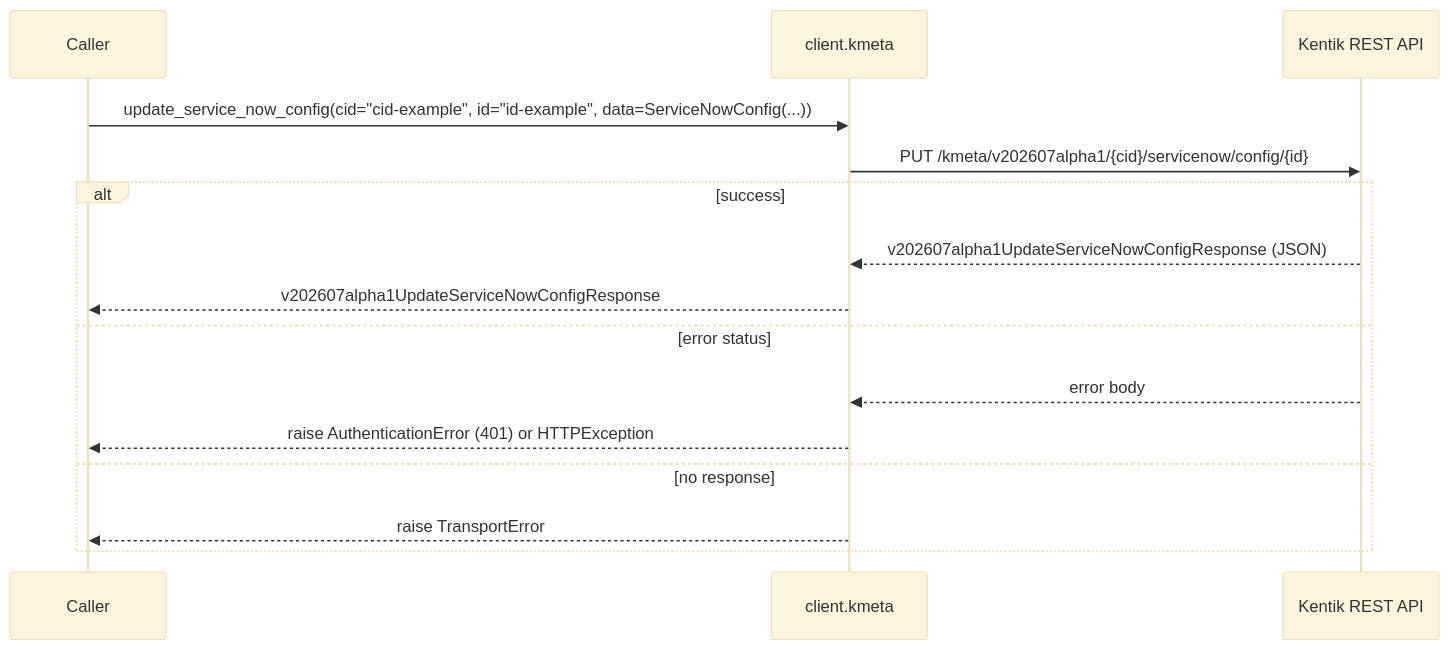
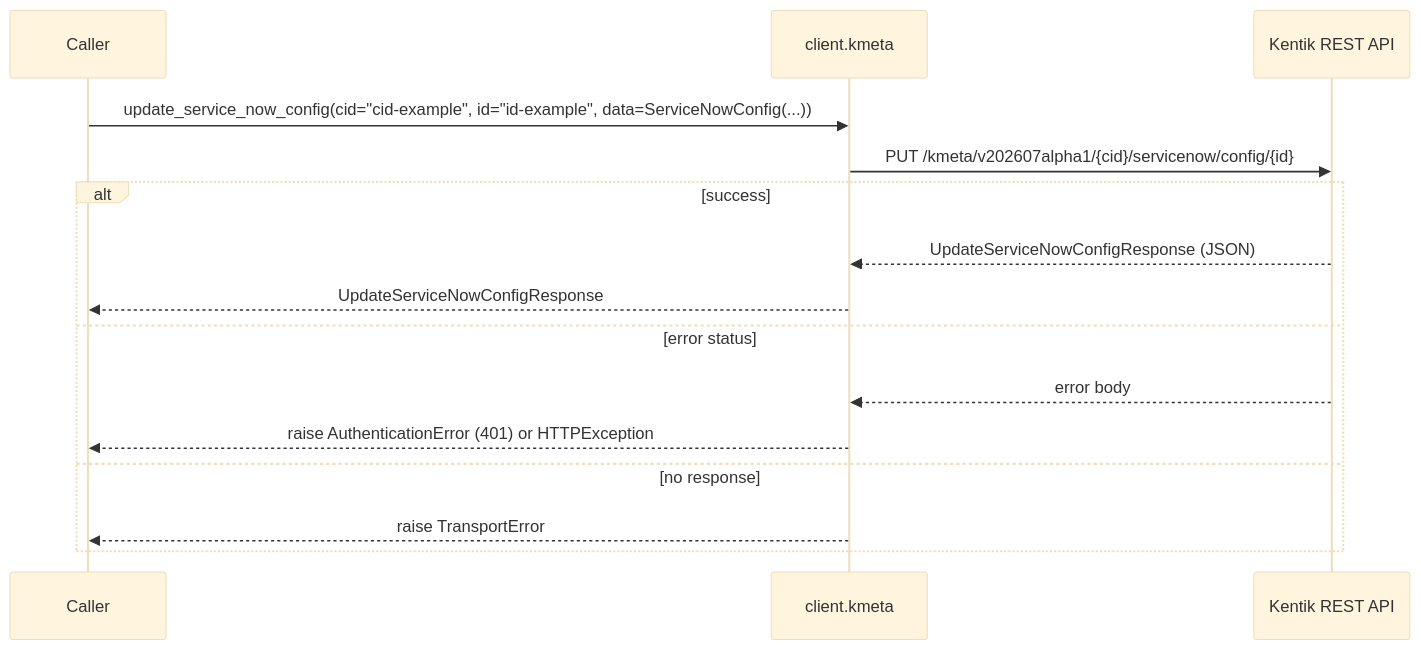
The eighth of 12 diagrams in docs/sphinx/services/kmeta.md (alexdearaujo/community_sdk_python), drawn with Mermaid (base theme) before and after one commit. The commit also changed other lines of this file and 38 other files, not shown here.

````diff
--- a/docs/sphinx/services/kmeta.md
+++ b/docs/sphinx/services/kmeta.md
@@ -270,18 +270,18 @@
 ```mermaid
 sequenceDiagram
     participant C as Caller
     participant W as client.kmeta
     participant API as Kentik REST API
 
     C->>W: update_service_now_config(cid="cid-example", id="id-example", data=ServiceNowConfig(...))
     W->>API: PUT /kmeta/v202607alpha1/{cid}/servicenow/config/{id}
     alt success
-        API-->>W: v202607alpha1UpdateServiceNowConfigResponse (JSON)
-        W-->>C: v202607alpha1UpdateServiceNowConfigResponse
+        API-->>W: UpdateServiceNowConfigResponse (JSON)
+        W-->>C: UpdateServiceNowConfigResponse
     else error status
         API-->>W: error body
         W-->>C: raise AuthenticationError (401) or HTTPException
     else no response
         W-->>C: raise TransportError
     end
 ```
````
